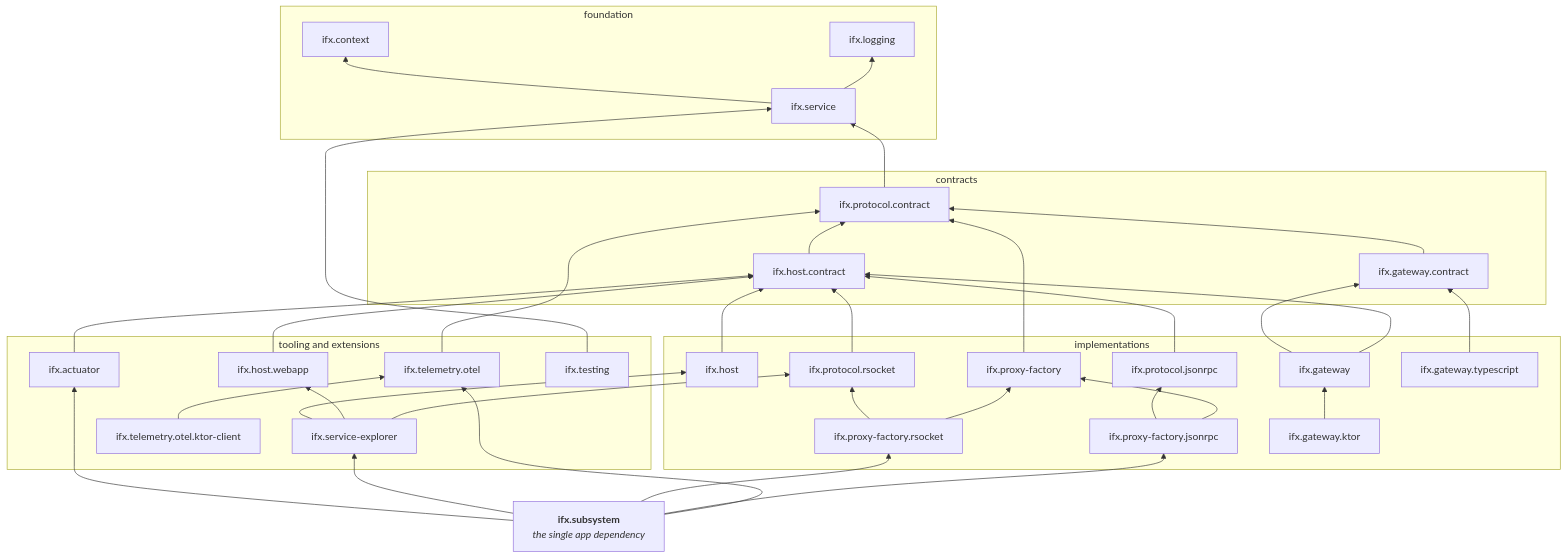
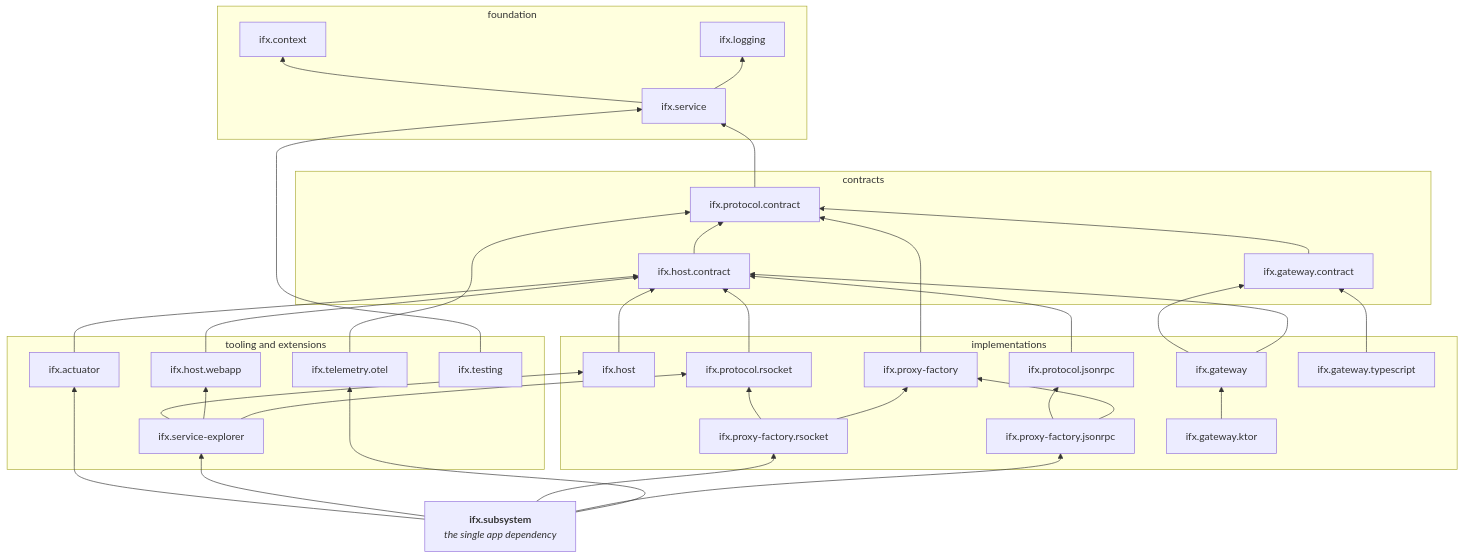
Before and after one commit to carbide-ifx/carbide: the second of 10 diagrams in docs/diagrams.md, drawn with Mermaid. The commit also changed 9 other files, not shown here.

Commit message:
Fold Ktor tracing into telemetry

````diff
--- a/docs/diagrams.md
+++ b/docs/diagrams.md
@@ -61,68 +61,66 @@
 ```mermaid
 flowchart BT
     subgraph base["foundation"]
         ifx_context["ifx.context"]
         ifx_logging["ifx.logging"]
         ifx_service["ifx.service"]
     end
 
     subgraph contracts["contracts"]
         ifx_protocol_contract["ifx.protocol.contract"]
         ifx_host_contract["ifx.host.contract"]
         ifx_gateway_contract["ifx.gateway.contract"]
     end
 
     subgraph impl["implementations"]
         ifx_host["ifx.host"]
         ifx_proxy_factory["ifx.proxy-factory"]
         ifx_gateway["ifx.gateway"]
         ifx_protocol_rsocket["ifx.protocol.rsocket"]
         ifx_protocol_jsonrpc["ifx.protocol.jsonrpc"]
         ifx_proxy_factory_rsocket["ifx.proxy-factory.rsocket"]
         ifx_proxy_factory_jsonrpc["ifx.proxy-factory.jsonrpc"]
         ifx_gateway_ktor["ifx.gateway.ktor"]
         ifx_gateway_typescript["ifx.gateway.typescript"]
     end
 
     subgraph tooling["tooling and extensions"]
         ifx_actuator["ifx.actuator"]
         ifx_host_webapp["ifx.host.webapp"]
         ifx_service_explorer["ifx.service-explorer"]
         ifx_telemetry_otel["ifx.telemetry.otel"]
-        ifx_telemetry_otel_ktor_client["ifx.telemetry.otel.ktor-client"]
         ifx_testing["ifx.testing"]
     end
 
     ifx_subsystem["<b>ifx.subsystem</b><br/><i>the single app dependency</i>"]
 
     ifx_service --> ifx_context
     ifx_service --> ifx_logging
     ifx_protocol_contract --> ifx_service
     ifx_host_contract --> ifx_protocol_contract
     ifx_proxy_factory --> ifx_protocol_contract
     ifx_gateway_contract --> ifx_protocol_contract
     ifx_host --> ifx_host_contract
     ifx_gateway --> ifx_gateway_contract
     ifx_gateway --> ifx_host_contract
     ifx_protocol_rsocket --> ifx_host_contract
     ifx_protocol_jsonrpc --> ifx_host_contract
     ifx_proxy_factory_rsocket --> ifx_protocol_rsocket
     ifx_proxy_factory_rsocket --> ifx_proxy_factory
     ifx_proxy_factory_jsonrpc --> ifx_protocol_jsonrpc
     ifx_proxy_factory_jsonrpc --> ifx_proxy_factory
     ifx_gateway_ktor --> ifx_gateway
     ifx_gateway_typescript --> ifx_gateway_contract
     ifx_actuator --> ifx_host_contract
     ifx_host_webapp --> ifx_host_contract
     ifx_service_explorer --> ifx_host
     ifx_service_explorer --> ifx_host_webapp
     ifx_service_explorer --> ifx_protocol_rsocket
     ifx_telemetry_otel --> ifx_protocol_contract
-    ifx_telemetry_otel_ktor_client --> ifx_telemetry_otel
     ifx_testing --> ifx_service
     ifx_subsystem --> ifx_actuator
     ifx_subsystem --> ifx_service_explorer
     ifx_subsystem --> ifx_proxy_factory_rsocket
     ifx_subsystem --> ifx_proxy_factory_jsonrpc
     ifx_subsystem --> ifx_telemetry_otel
 ```
````
